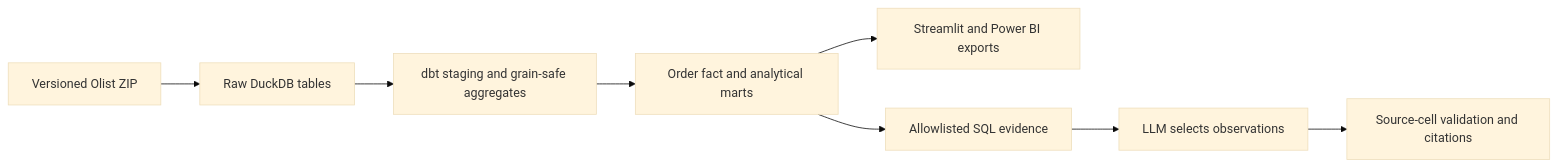
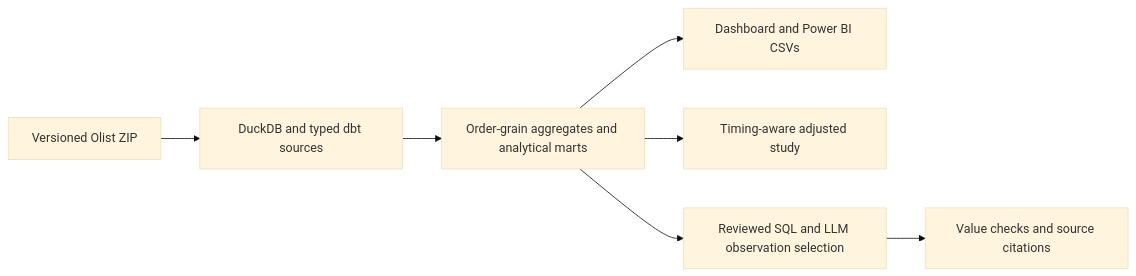
Before and after one commit to Dineshsatti90/commerce-intelligence: the diagram in README.md, drawn with Mermaid (base theme). The commit also changed other lines of this file and 6 other files, not shown here.

````diff
--- a/README.md
+++ b/README.md
@@ -51,10 +59,9 @@
 ```mermaid
 flowchart LR
-  A[Versioned Olist ZIP] --> B[Raw DuckDB tables]
-  B --> C[dbt staging and grain-safe aggregates]
-  C --> D[Order fact and analytical marts]
-  D --> E[Streamlit and Power BI exports]
-  D --> F[Allowlisted SQL evidence]
-  F --> G[LLM selects observations]
-  G --> H[Source-cell validation and citations]
+ A[Versioned Olist ZIP] --> B[DuckDB and typed dbt sources]
+ B --> C[Order-grain aggregates and analytical marts]
+ C --> D[Dashboard and Power BI CSVs]
+ C --> E[Timing-aware adjusted study]
+ C --> F[Reviewed SQL and LLM observation selection]
+ F --> G[Value checks and source citations]
 ```
````
